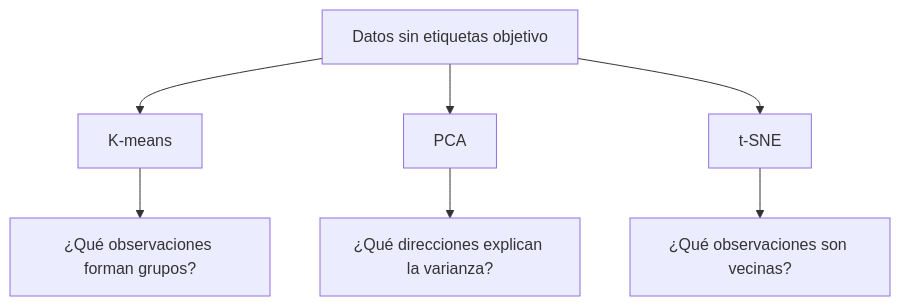
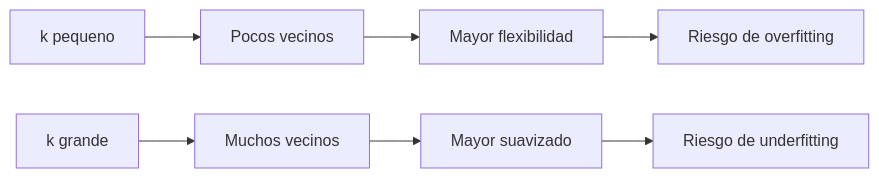
The eighth of 34 diagrams in Séptimo Semestre/Temas Selectos I/Segundo Parcial/8. Repaso Parcial.md (AxelIvanArroyoLara/Notes), drawn with Mermaid before and after one commit. The commit also changed other lines of this file and 1 other file, not shown here.

````diff
--- a/Séptimo Semestre/Temas Selectos I/Segundo Parcial/8. Repaso Parcial.md
+++ b/Séptimo Semestre/Temas Selectos I/Segundo Parcial/8. Repaso Parcial.md
@@ -1273,10 +470,10 @@
 ```mermaid  
-flowchart TD  
-A["Datos sin etiquetas objetivo"] --> B["K-means"]  
-A --> C["PCA"]  
-A --> D["t-SNE"]  
+flowchart LR  
+A["k pequeno"] --> B["Pocos vecinos"]  
+B --> C["Mayor flexibilidad"]  
+C --> D["Riesgo de overfitting"]  
   
-B --> E["¿Qué observaciones forman grupos?"]  
-C --> F["¿Qué direcciones explican la varianza?"]  
-D --> G["¿Qué observaciones son vecinas?"]  
+E["k grande"] --> F["Muchos vecinos"]  
+F --> G["Mayor suavizado"]  
+G --> H["Riesgo de underfitting"]  
 ```  
````
